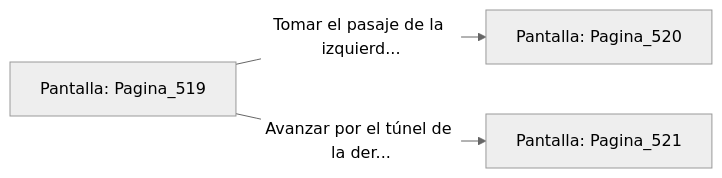
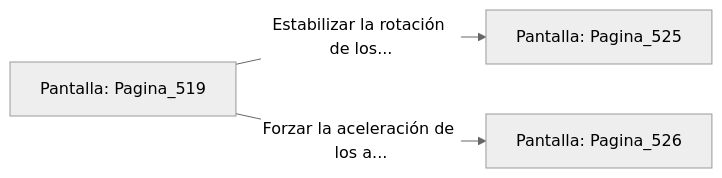
The diagram in sample/eligejuego-vault/Pantalla_Pagina_519.md (metsuke/mpl), drawn with Mermaid (neutral theme) before and after one commit. The commit also changed other lines of this file and 635 other files, not shown here.

First line of the commit message:
fix: añadir Pagina_1 como pantalla inicial en capitulo_01.mpl

````diff
--- a/sample/eligejuego-vault/Pantalla_Pagina_519.md
+++ b/sample/eligejuego-vault/Pantalla_Pagina_519.md
@@ -20,6 +24,6 @@
 ```mermaid
 graph LR
     P_Pagina_519["Pantalla: Pagina_519"]
-    P_Pagina_519 -->|"Tomar el pasaje de la izquierd..."| P_Pagina_520["Pantalla: Pagina_520"]
-    P_Pagina_519 -->|"Avanzar por el túnel de la der..."| P_Pagina_521["Pantalla: Pagina_521"]
+    P_Pagina_519 -->|"Estabilizar la rotación de los..."| P_Pagina_525["Pantalla: Pagina_525"]
+    P_Pagina_519 -->|"Forzar la aceleración de los a..."| P_Pagina_526["Pantalla: Pagina_526"]
 ```
````
